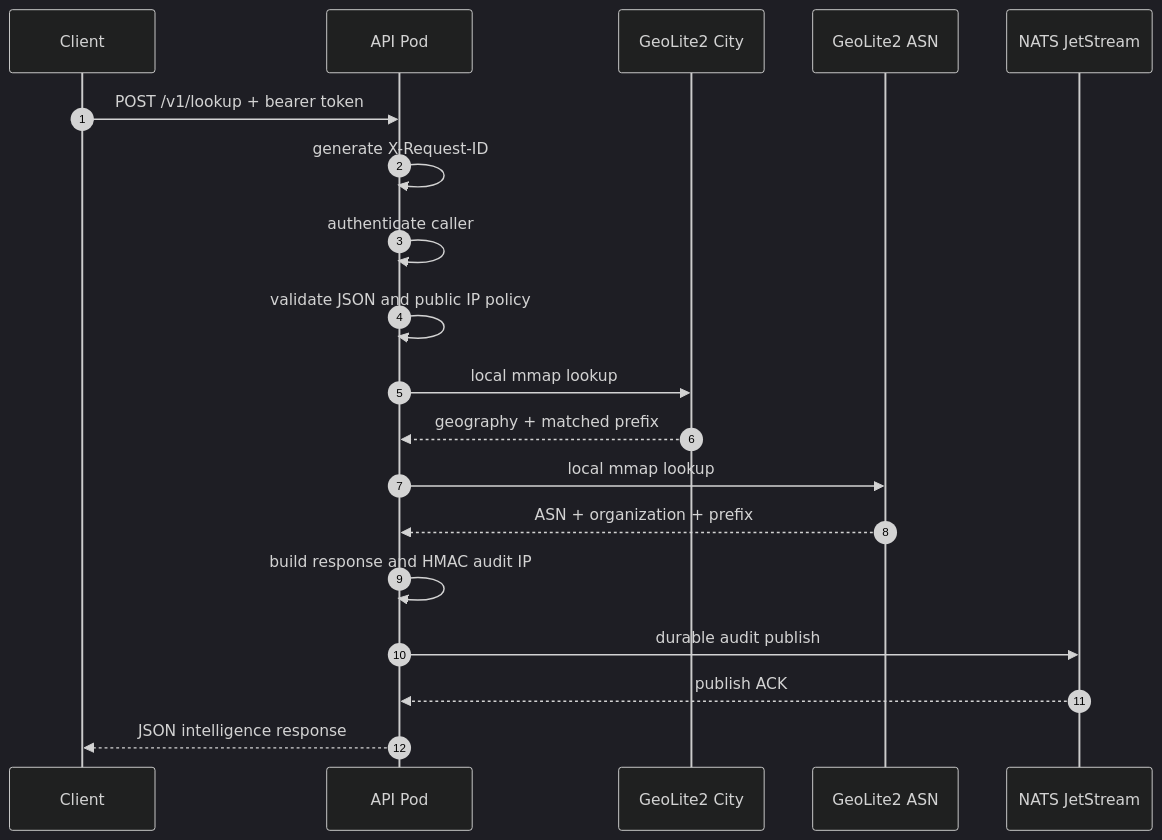
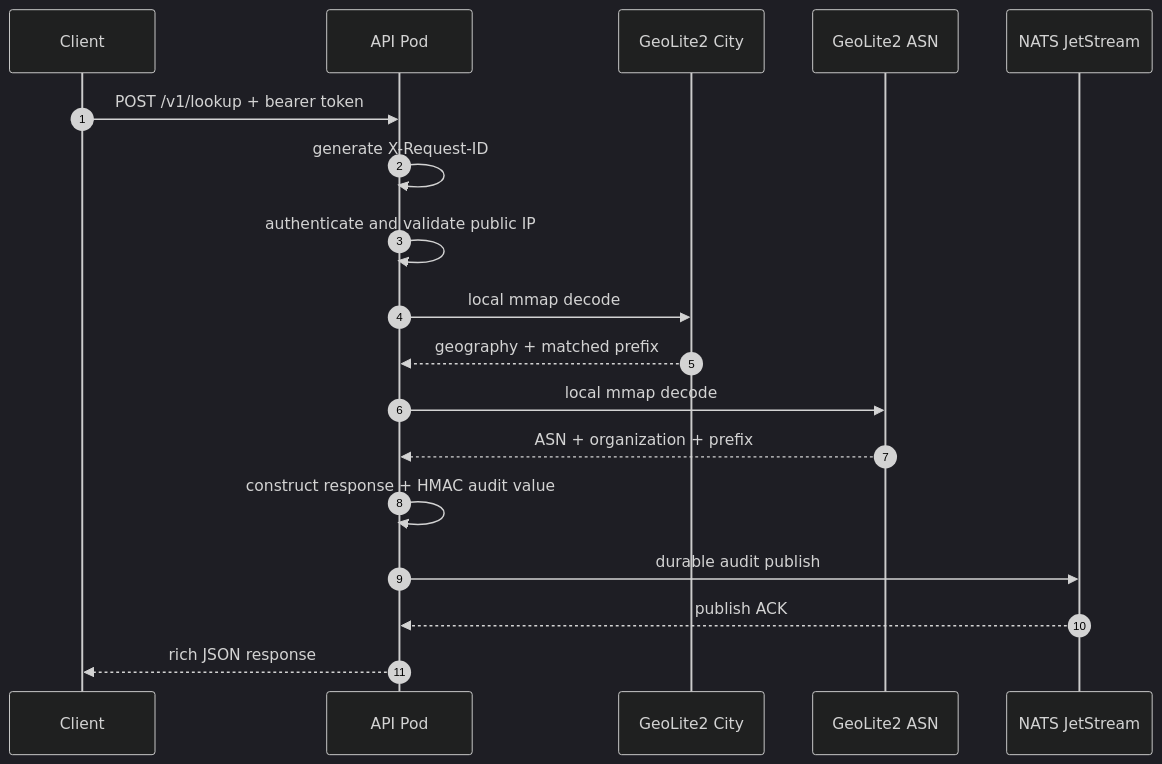
The fifth of 11 diagrams in docs/ARCHITECTURE.md (Jstarzz/geotagger), drawn with Mermaid (dark theme) before and after one commit. The commit also changed other lines of this file, not shown here.

Commit message:
docs: describe atomic City and ASN bundle activation

````diff
--- a/docs/ARCHITECTURE.md
+++ b/docs/ARCHITECTURE.md
@@ -128,22 +113,21 @@
 ```mermaid
 sequenceDiagram
     autonumber
     participant C as Client
     participant A as API Pod
     participant CITY as GeoLite2 City
     participant ASN as GeoLite2 ASN
     participant N as NATS JetStream
 
     C->>A: POST /v1/lookup + bearer token
     A->>A: generate X-Request-ID
-    A->>A: authenticate caller
-    A->>A: validate JSON and public IP policy
-    A->>CITY: local mmap lookup
+    A->>A: authenticate and validate public IP
+    A->>CITY: local mmap decode
     CITY-->>A: geography + matched prefix
-    A->>ASN: local mmap lookup
+    A->>ASN: local mmap decode
     ASN-->>A: ASN + organization + prefix
-    A->>A: build response and HMAC audit IP
+    A->>A: construct response + HMAC audit value
     A->>N: durable audit publish
     N-->>A: publish ACK
-    A-->>C: JSON intelligence response
+    A-->>C: rich JSON response
 ```
````
